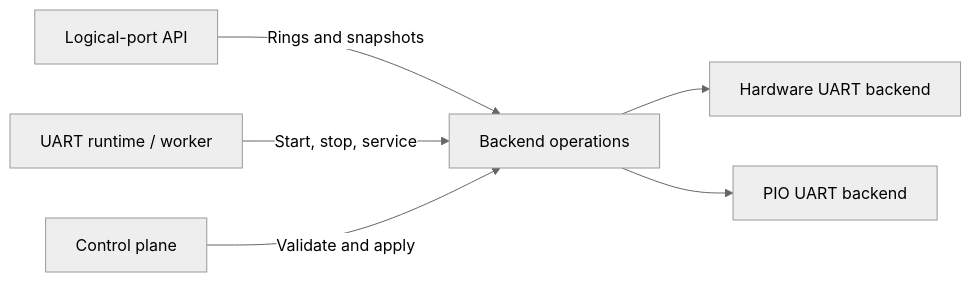
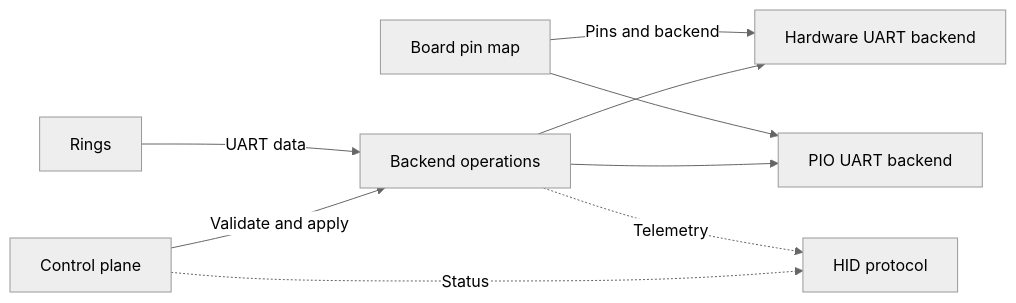
The second of 2 diagrams in docs/design/architecture.md (djwinter29-oss/PicoUart), drawn with Mermaid (neutral theme) before and after one commit. The commit also changed other lines of this file and 92 other files, not shown here.

````diff
--- a/docs/design/architecture.md
+++ b/docs/design/architecture.md
@@ -46,8 +57,11 @@
 ```mermaid
 flowchart LR
-  Port["Logical-port API"] -->|"Rings and snapshots"| Ops["Backend operations"]
-  Runtime["UART runtime / worker"] -->|"Start, stop, service"| Ops
+  Rings["Rings"] -->|"UART data"| Ops["Backend operations"]
   Control["Control plane"] -->|"Validate and apply"| Ops
+  BoardMap["Board pin map"] -->|"Pins and backend"| HW["Hardware UART backend"]
+  BoardMap --> PIO["PIO UART backend"]
   Ops --> HW["Hardware UART backend"]
   Ops --> PIO["PIO UART backend"]
+  Ops -.->|"Telemetry"| HID["HID protocol"]
+  Control -.->|"Status"| HID
 ```
````
